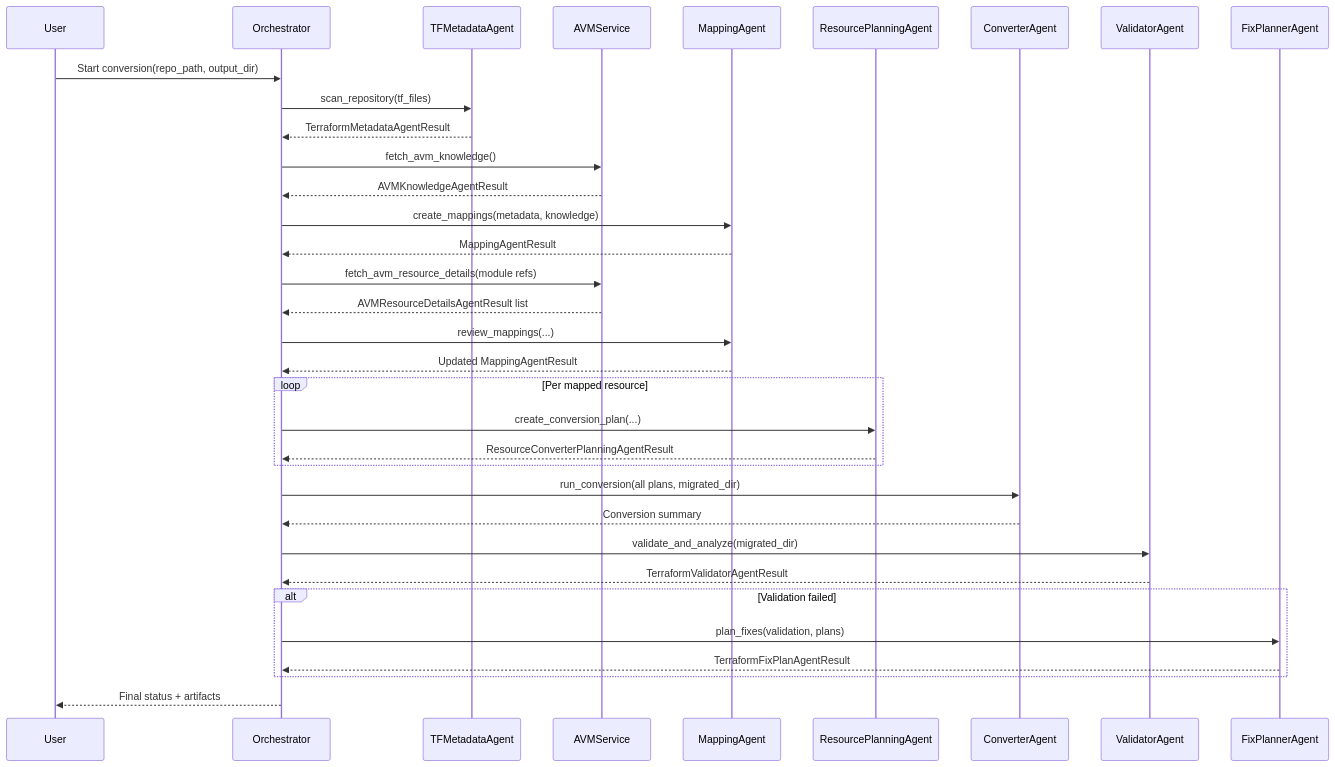
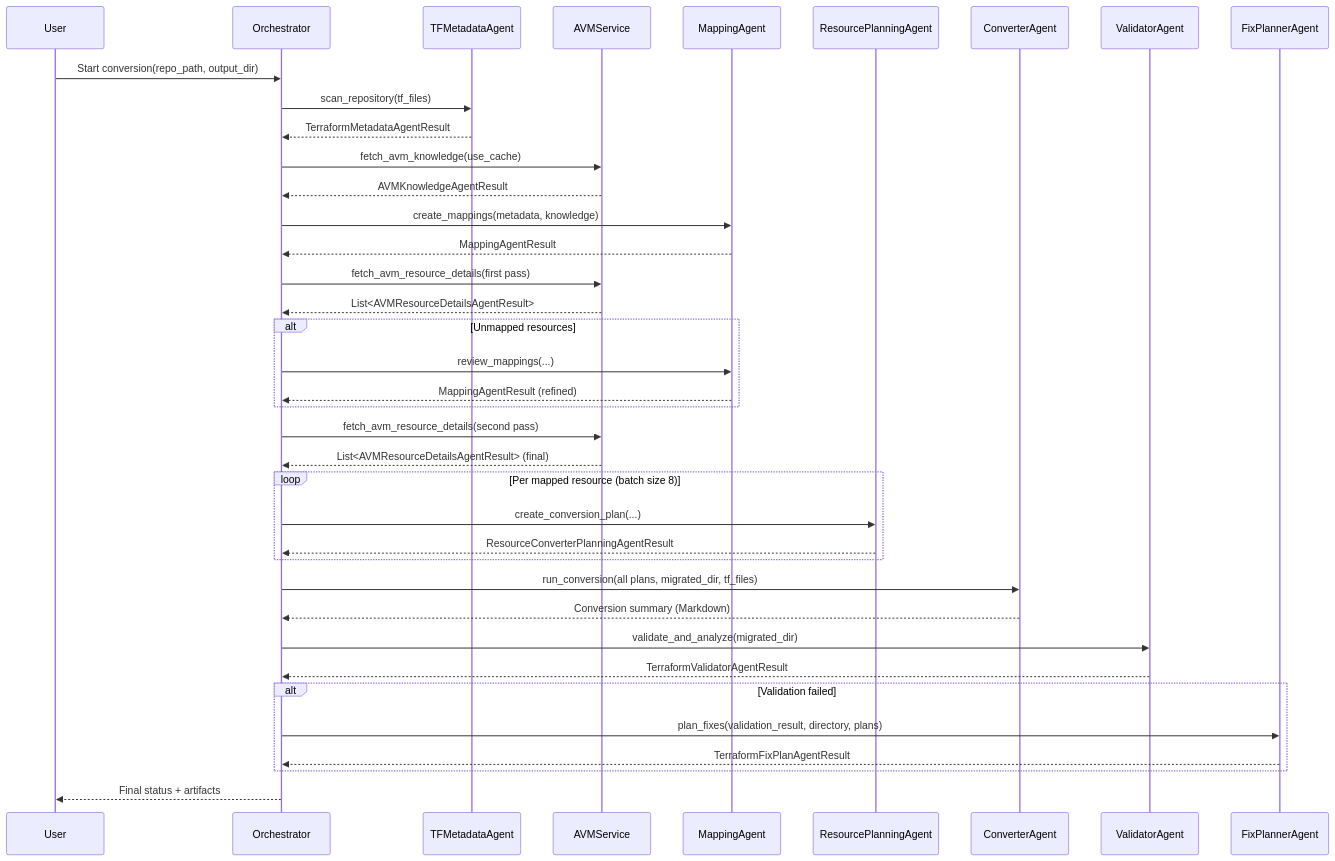
One commit to rmoreirao/tf2avm changed the second of 3 diagrams in FLOW.md. Above: the diagram before and after it, drawn with Mermaid. The commit also changed other lines of this file and 151 other files, not shown here.

````diff
--- a/FLOW.md
+++ b/FLOW.md
@@ -131,37 +143,41 @@
 ```mermaid
 sequenceDiagram
-    participant User
-    participant Orchestrator
-    participant TFMetadataAgent
-    participant AVMService
-    participant MappingAgent
-    participant ResourcePlanningAgent
-    participant ConverterAgent
-    participant ValidatorAgent
-    participant FixPlannerAgent
+  participant User
+  participant Orchestrator
+  participant TFMetadataAgent
+  participant AVMService
+  participant MappingAgent
+  participant ResourcePlanningAgent
+  participant ConverterAgent
+  participant ValidatorAgent
+  participant FixPlannerAgent
 
-    User->>Orchestrator: Start conversion(repo_path, output_dir)
-    Orchestrator->>TFMetadataAgent: scan_repository(tf_files)
-    TFMetadataAgent-->>Orchestrator: TerraformMetadataAgentResult
-    Orchestrator->>AVMService: fetch_avm_knowledge()
-    AVMService-->>Orchestrator: AVMKnowledgeAgentResult
-    Orchestrator->>MappingAgent: create_mappings(metadata, knowledge)
-    MappingAgent-->>Orchestrator: MappingAgentResult
-    Orchestrator->>AVMService: fetch_avm_resource_details(module refs)
-    AVMService-->>Orchestrator: AVMResourceDetailsAgentResult list
+  User->>Orchestrator: Start conversion(repo_path, output_dir)
+  Orchestrator->>TFMetadataAgent: scan_repository(tf_files)
+  TFMetadataAgent-->>Orchestrator: TerraformMetadataAgentResult
+  Orchestrator->>AVMService: fetch_avm_knowledge(use_cache)
+  AVMService-->>Orchestrator: AVMKnowledgeAgentResult
+  Orchestrator->>MappingAgent: create_mappings(metadata, knowledge)
+  MappingAgent-->>Orchestrator: MappingAgentResult
+  Orchestrator->>AVMService: fetch_avm_resource_details(first pass)
+  AVMService-->>Orchestrator: List<AVMResourceDetailsAgentResult>
+  alt Unmapped resources
     Orchestrator->>MappingAgent: review_mappings(...)
-    MappingAgent-->>Orchestrator: Updated MappingAgentResult
-    loop Per mapped resource
-        Orchestrator->>ResourcePlanningAgent: create_conversion_plan(...)
-        ResourcePlanningAgent-->>Orchestrator: ResourceConverterPlanningAgentResult
-    end
-    Orchestrator->>ConverterAgent: run_conversion(all plans, migrated_dir)
-    ConverterAgent-->>Orchestrator: Conversion summary
-    Orchestrator->>ValidatorAgent: validate_and_analyze(migrated_dir)
-    ValidatorAgent-->>Orchestrator: TerraformValidatorAgentResult
-    alt Validation failed
-        Orchestrator->>FixPlannerAgent: plan_fixes(validation, plans)
-        FixPlannerAgent-->>Orchestrator: TerraformFixPlanAgentResult
-    end
-    Orchestrator-->>User: Final status + artifacts
+    MappingAgent-->>Orchestrator: MappingAgentResult (refined)
+  end
+  Orchestrator->>AVMService: fetch_avm_resource_details(second pass)
+  AVMService-->>Orchestrator: List<AVMResourceDetailsAgentResult> (final)
+  loop Per mapped resource (batch size 8)
+    Orchestrator->>ResourcePlanningAgent: create_conversion_plan(...)
+    ResourcePlanningAgent-->>Orchestrator: ResourceConverterPlanningAgentResult
+  end
+  Orchestrator->>ConverterAgent: run_conversion(all plans, migrated_dir, tf_files)
+  ConverterAgent-->>Orchestrator: Conversion summary (Markdown)
+  Orchestrator->>ValidatorAgent: validate_and_analyze(migrated_dir)
+  ValidatorAgent-->>Orchestrator: TerraformValidatorAgentResult
+  alt Validation failed
+    Orchestrator->>FixPlannerAgent: plan_fixes(validation_result, directory, plans)
+    FixPlannerAgent-->>Orchestrator: TerraformFixPlanAgentResult
+  end
+  Orchestrator-->>User: Final status + artifacts
 ```
````
